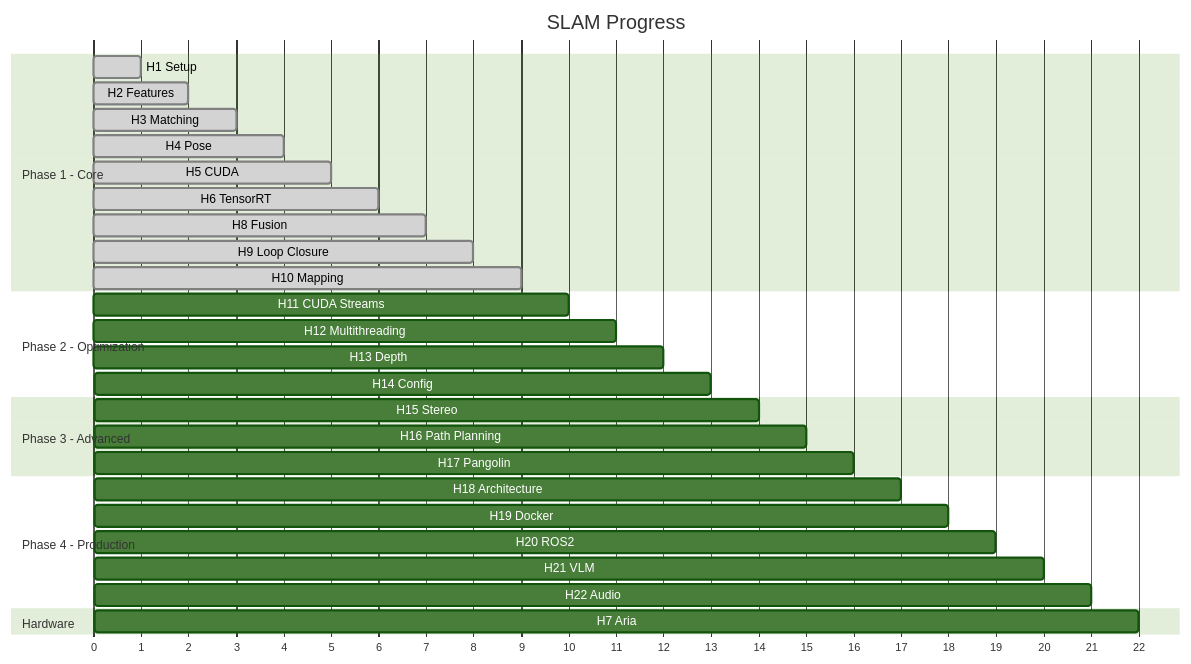
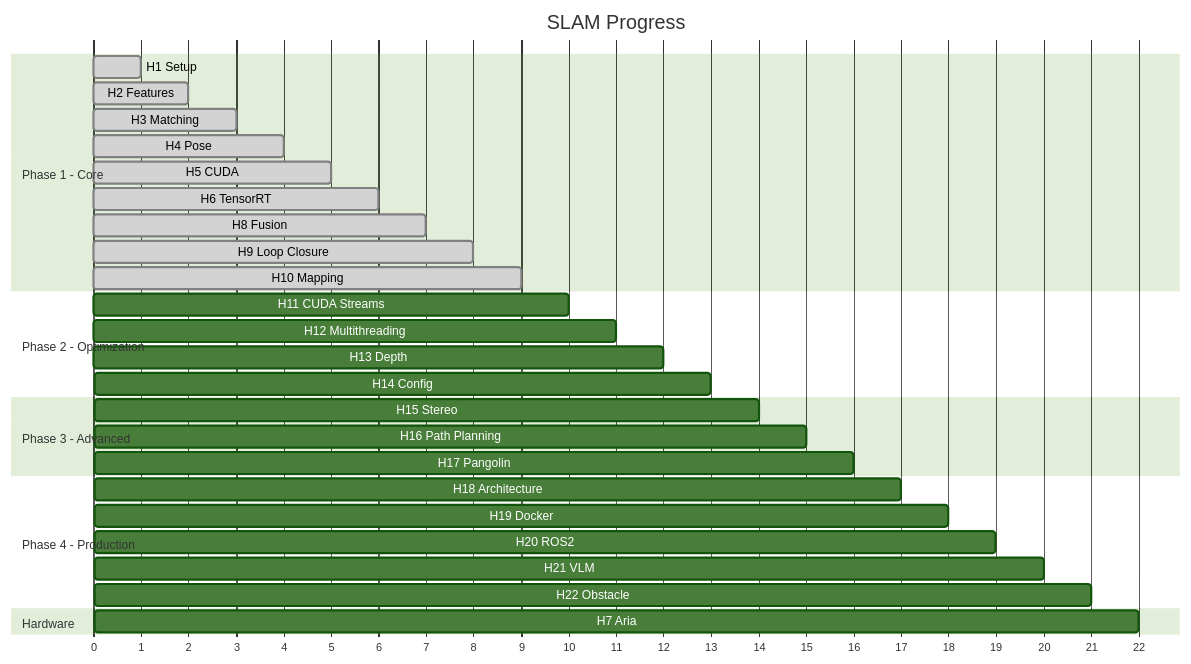
One commit to robertteleng/aria-slam changed diagram 12 of 12 in README.md. Above: the diagram before and after it, drawn with Mermaid (forest theme). The commit also changed other lines of this file, not shown here.

Commit message:
docs: rename H22 to Obstacle Avoidance

````diff
--- a/README.md
+++ b/README.md
@@ -533,38 +533,38 @@
 ```mermaid
 gantt
     title SLAM Progress
     dateFormat X
     axisFormat %s
 
     section Phase 1 - Core
     H1 Setup           :done, h1, 0, 1
     H2 Features        :done, h2, 1, 2
     H3 Matching        :done, h3, 2, 3
     H4 Pose            :done, h4, 3, 4
     H5 CUDA            :done, h5, 4, 5
     H6 TensorRT        :done, h6, 5, 6
     H8 Fusion          :done, h8, 6, 7
     H9 Loop Closure    :done, h9, 7, 8
     H10 Mapping        :done, h10, 8, 9
 
     section Phase 2 - Optimization
     H11 CUDA Streams   :h11, 9, 10
     H12 Multithreading :h12, 10, 11
     H13 Depth          :h13, 11, 12
     H14 Config         :h14, 12, 13
 
     section Phase 3 - Advanced
     H15 Stereo         :h15, 13, 14
     H16 Path Planning  :h16, 14, 15
     H17 Pangolin       :h17, 15, 16
 
     section Phase 4 - Production
     H18 Architecture   :h18, 16, 17
     H19 Docker         :h19, 17, 18
     H20 ROS2           :h20, 18, 19
     H21 VLM            :h21, 19, 20
-    H22 Audio          :h22, 20, 21
+    H22 Obstacle       :h22, 20, 21
 
     section Hardware
     H7 Aria            :h7, 21, 22
 ```
````
